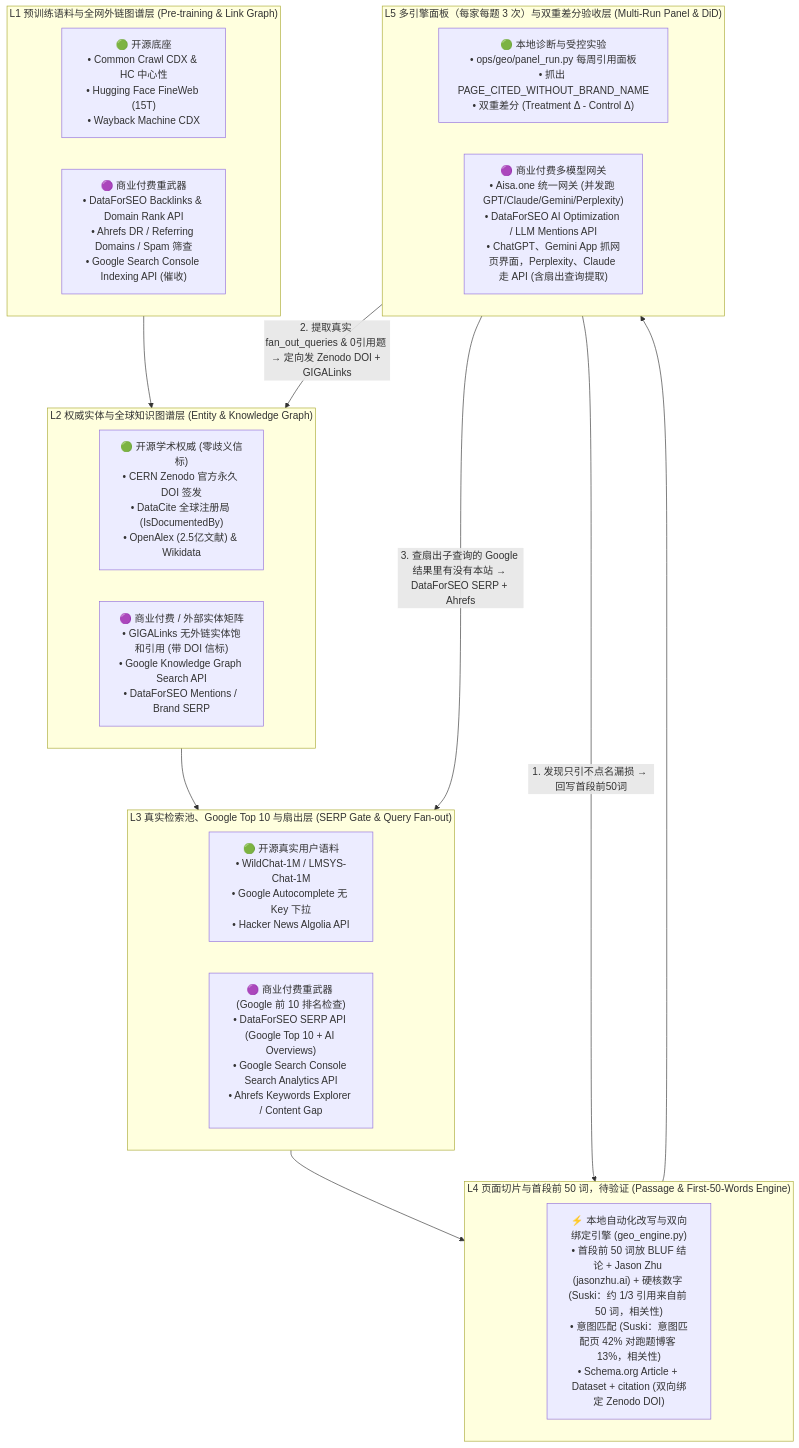
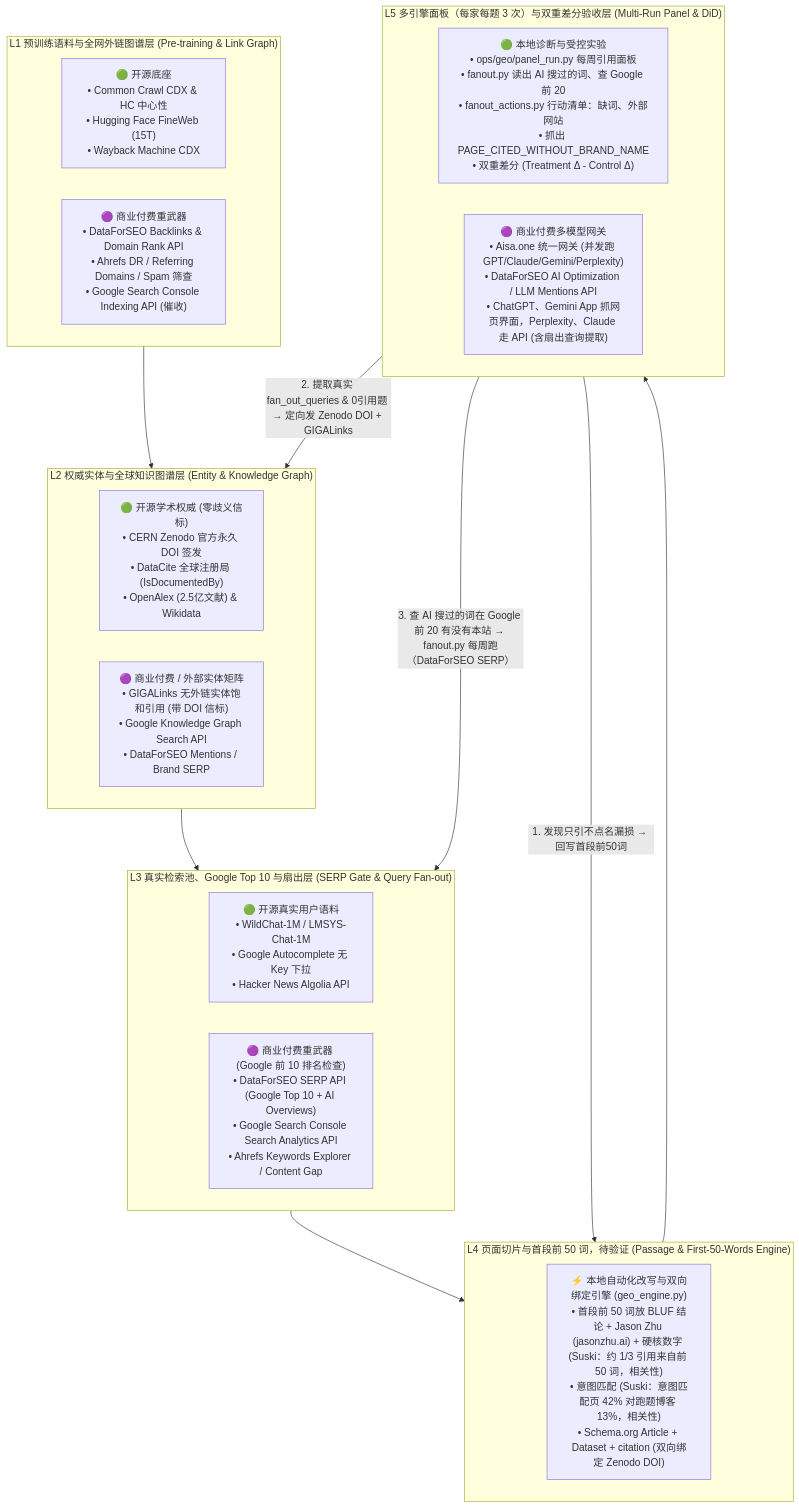
One commit to zhuyansen/jasonzhu.ai changed the first of 2 diagrams in ops/geo/GEO-MASTER-PLAYBOOK-AND-EXPERIMENTS.md. Above: the diagram before and after it, drawn with Mermaid. The commit also changed other lines of this file and 7 other files, not shown here.

````diff
--- a/ops/geo/GEO-MASTER-PLAYBOOK-AND-EXPERIMENTS.md
+++ b/ops/geo/GEO-MASTER-PLAYBOOK-AND-EXPERIMENTS.md
@@ -16,36 +17,36 @@
 ```mermaid
 flowchart TB
     subgraph L1["L1 预训练语料与全网外链图谱层 (Pre-training & Link Graph)"]
         direction LR
         L1_OS["🟢 开源底座<br/>• Common Crawl CDX & HC 中心性<br/>• Hugging Face FineWeb (15T)<br/>• Wayback Machine CDX"]
         L1_PRO["🟣 商业付费重武器<br/>• DataForSEO Backlinks & Domain Rank API<br/>• Ahrefs DR / Referring Domains / Spam 筛查<br/>• Google Search Console Indexing API (催收)"]
     end
 
     subgraph L2["L2 权威实体与全球知识图谱层 (Entity & Knowledge Graph)"]
         direction LR
         L2_OS["🟢 开源学术权威 (零歧义信标)<br/>• CERN Zenodo 官方永久 DOI 签发<br/>• DataCite 全球注册局 (IsDocumentedBy)<br/>• OpenAlex (2.5亿文献) & Wikidata"]
         L2_PRO["🟣 商业付费 / 外部实体矩阵<br/>• GIGALinks 无外链实体饱和引用 (带 DOI 信标)<br/>• Google Knowledge Graph Search API<br/>• DataForSEO Mentions / Brand SERP"]
     end
 
     subgraph L3["L3 真实检索池、Google Top 10 与扇出层 (SERP Gate & Query Fan-out)"]
         direction LR
         L3_OS["🟢 开源真实用户语料<br/>• WildChat-1M / LMSYS-Chat-1M<br/>• Google Autocomplete 无 Key 下拉<br/>• Hacker News Algolia API"]
         L3_PRO["🟣 商业付费重武器 (Google 前 10 排名检查)<br/>• DataForSEO SERP API (Google Top 10 + AI Overviews)<br/>• Google Search Console Search Analytics API<br/>• Ahrefs Keywords Explorer / Content Gap"]
     end
 
     subgraph L4["L4 页面切片与首段前 50 词，待验证 (Passage & First-50-Words Engine)"]
         direction LR
         L4_ENGINE["⚡ 本地自动化改写与双向绑定引擎 (geo_engine.py)<br/>• 首段前 50 词放 BLUF 结论 + Jason Zhu (jasonzhu.ai) + 硬核数字 (Suski：约 1/3 引用来自前 50 词，相关性)<br/>• 意图匹配 (Suski：意图匹配页 42% 对跑题博客 13%，相关性)<br/>• Schema.org Article + Dataset + citation (双向绑定 Zenodo DOI)"]
     end
 
     subgraph L5["L5 多引擎面板（每家每题 3 次）与双重差分验收层 (Multi-Run Panel & DiD)"]
         direction LR
-        L5_OS["🟢 本地诊断与受控实验<br/>• ops/geo/panel_run.py 每周引用面板<br/>• 抓出 PAGE_CITED_WITHOUT_BRAND_NAME<br/>• 双重差分 (Treatment Δ - Control Δ)"]
+        L5_OS["🟢 本地诊断与受控实验<br/>• ops/geo/panel_run.py 每周引用面板<br/>• fanout.py 读出 AI 搜过的词、查 Google 前 20<br/>• fanout_actions.py 行动清单：缺词、外部网站<br/>• 抓出 PAGE_CITED_WITHOUT_BRAND_NAME<br/>• 双重差分 (Treatment Δ - Control Δ)"]
         L5_PRO["🟣 商业付费多模型网关<br/>• Aisa.one 统一网关 (并发跑 GPT/Claude/Gemini/Perplexity)<br/>• DataForSEO AI Optimization / LLM Mentions API<br/>• ChatGPT、Gemini App 抓网页界面，Perplexity、Claude 走 API (含扇出查询提取)"]
     end
 
     L1 --> L2 --> L3 --> L4 --> L5
     L5 -- "1. 发现只引不点名漏损 → 回写首段前50词" --> L4
     L5 -- "2. 提取真实 fan_out_queries & 0引用题 → 定向发 Zenodo DOI + GIGALinks" --> L2
-    L5 -- "3. 查扇出子查询的 Google 结果里有没有本站 → DataForSEO SERP + Ahrefs" --> L3
+    L5 -- "3. 查 AI 搜过的词在 Google 前 20 有没有本站 → fanout.py 每周跑（DataForSEO SERP）" --> L3
 ```
````
